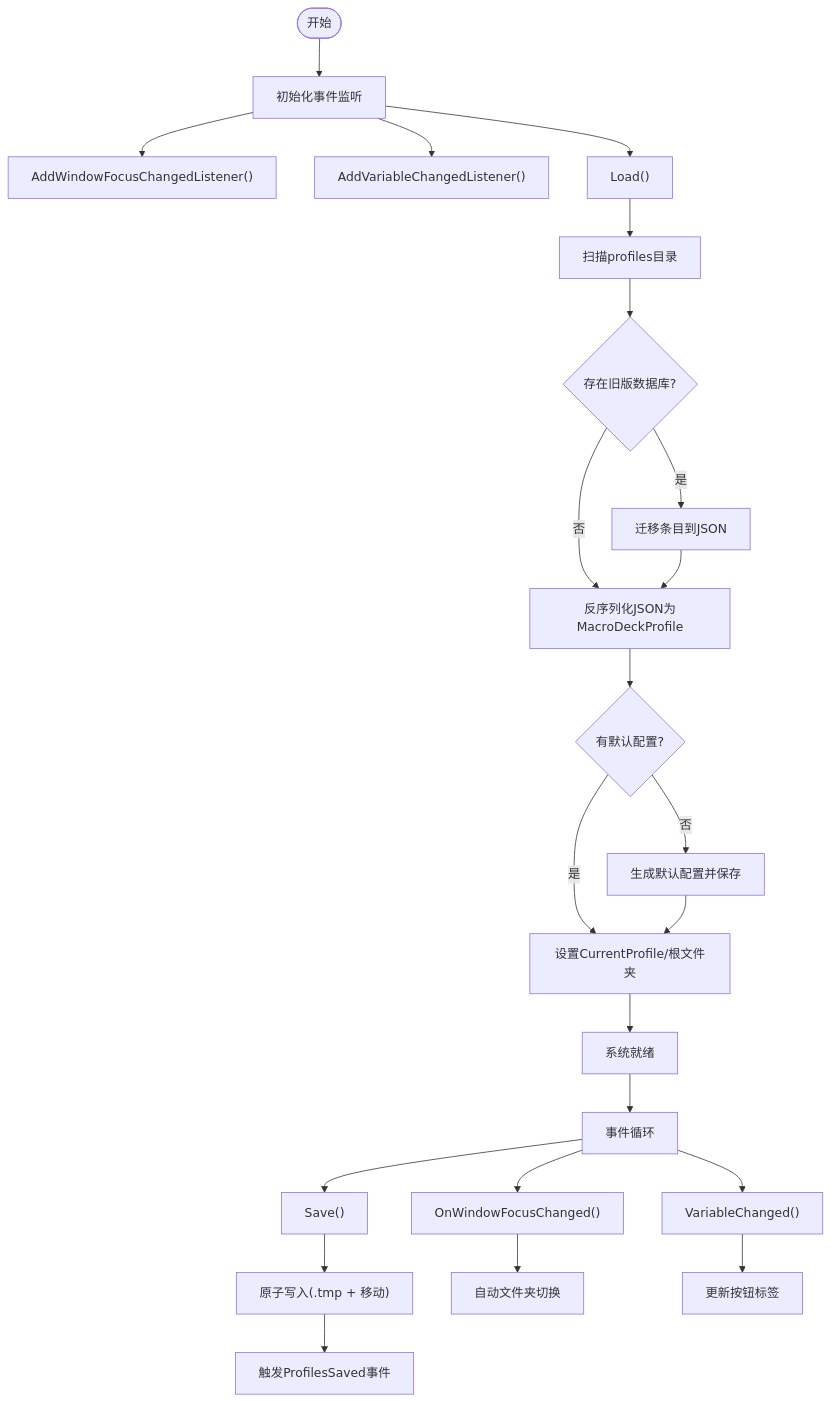
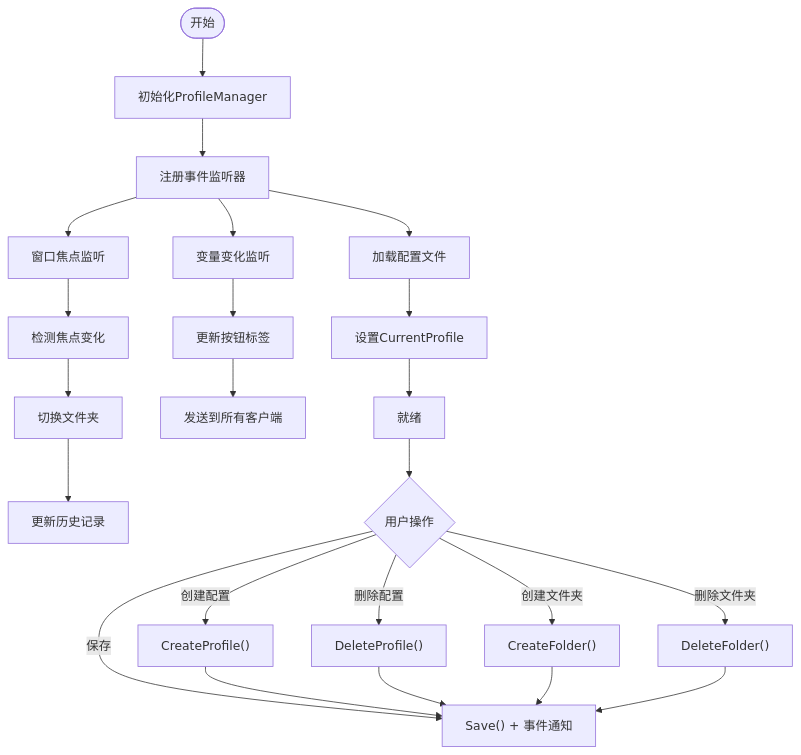
The fourth of 7 diagrams in .qoder/repowiki/zh/content/配置管理系统/配置文件管理.md (tea4go/Macro-Deck), drawn with Mermaid before and after one commit. The commit also changed other lines of this file and 63 other files, not shown here.

````diff
--- a/.qoder/repowiki/zh/content/配置管理系统/配置文件管理.md
+++ b/.qoder/repowiki/zh/content/配置管理系统/配置文件管理.md
@@ -258,25 +276,25 @@
 ```mermaid
 flowchart TD
-Start(["开始"]) --> InitEvents["初始化事件监听"]
-InitEvents --> InitFocus["AddWindowFocusChangedListener()"]
-InitEvents --> InitVars["AddVariableChangedListener()"]
-InitEvents --> LoadProfiles["Load()"]
-LoadProfiles --> ScanFiles["扫描profiles目录"]
-ScanFiles --> HasLegacy{"存在旧版数据库?"}
-HasLegacy --> |是| Migrate["迁移条目到JSON"]
-HasLegacy --> |否| Deserialize["反序列化JSON为MacroDeckProfile"]
-Migrate --> Deserialize
-Deserialize --> Defaults{"有默认配置?"}
-Defaults --> |否| GenDefault["生成默认配置并保存"]
-Defaults --> |是| SetCurrent["设置CurrentProfile/根文件夹"]
-GenDefault --> SetCurrent
-SetCurrent --> Ready["系统就绪"]
-Ready --> EventsLoop["事件循环"]
-EventsLoop --> WindowFocus["OnWindowFocusChanged()"]
-EventsLoop --> VariableChange["VariableChanged()"]
-EventsLoop --> SaveProfiles["Save()"]
-SaveProfiles --> AtomicWrite["原子写入(.tmp + 移动)"]
-AtomicWrite --> TriggerEvents["触发ProfilesSaved事件"]
-WindowFocus --> AutoFolder["自动文件夹切换"]
-VariableChange --> UpdateLabels["更新按钮标签"]
+Start(["开始"]) --> Init["初始化ProfileManager"]
+Init --> RegisterEvents["注册事件监听器"]
+RegisterEvents --> LoadProfiles["加载配置文件"]
+LoadProfiles --> SetCurrent["设置CurrentProfile"]
+SetCurrent --> Ready["就绪"]
+RegisterEvents --> VarListener["变量变化监听"]
+VarListener --> UpdateLabels["更新按钮标签"]
+UpdateLabels --> SendToClients["发送到所有客户端"]
+RegisterEvents --> FocusListener["窗口焦点监听"]
+FocusListener --> DetectFocus["检测焦点变化"]
+DetectFocus --> SwitchFolder["切换文件夹"]
+SwitchFolder --> UpdateHistory["更新历史记录"]
+Ready --> UserAction{"用户操作"}
+UserAction --> |创建配置| CreateProfile["CreateProfile()"]
+UserAction --> |删除配置| DeleteProfile["DeleteProfile()"]
+UserAction --> |保存| SaveProfiles["Save() + 事件通知"]
+UserAction --> |创建文件夹| CreateFolder["CreateFolder()"]
+UserAction --> |删除文件夹| DeleteFolder["DeleteFolder()"]
+CreateProfile --> SaveProfiles
+DeleteProfile --> SaveProfiles
+CreateFolder --> SaveProfiles
+DeleteFolder --> SaveProfiles
 ```
````
